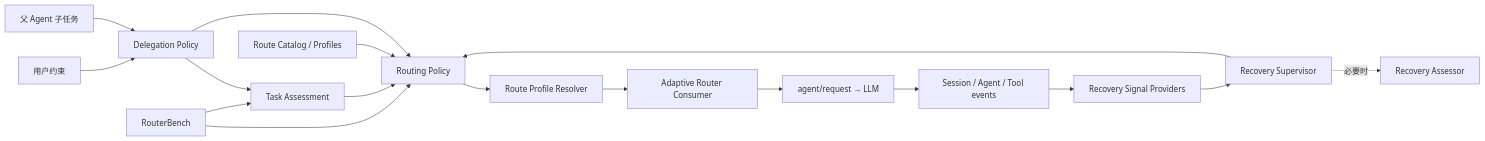
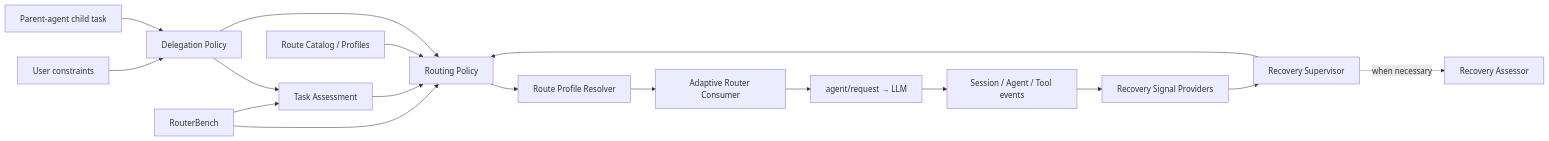
Before and after one commit to cloudman6/dsh-auto-mode: the diagram in docs/architecture.md, drawn with Mermaid. The commit also changed other lines of this file and 41 other files, not shown here.

````diff
--- a/docs/architecture.md
+++ b/docs/architecture.md
@@ -17,20 +19,20 @@
 ```mermaid
 flowchart LR
-    U["用户约束"] --> D["Delegation Policy"]
-    P["父 Agent 子任务"] --> D
+    U["User constraints"] --> D["Delegation Policy"]
+    P["Parent-agent child task"] --> D
     D --> A["Task Assessment"]
     A --> R["Routing Policy"]
     D --> R
     C["Route Catalog / Profiles"] --> R
     R --> X["Route Profile Resolver"]
     X --> Q["Adaptive Router Consumer"]
     Q --> L["agent/request → LLM"]
 
     L --> E["Session / Agent / Tool events"]
     E --> S["Recovery Signal Providers"]
     S --> V["Recovery Supervisor"]
     V --> R
-    V -.必要时.-> M["Recovery Assessor"]
+    V -.when necessary.-> M["Recovery Assessor"]
     B["RouterBench"] --> R
     B --> A
 ```
````
